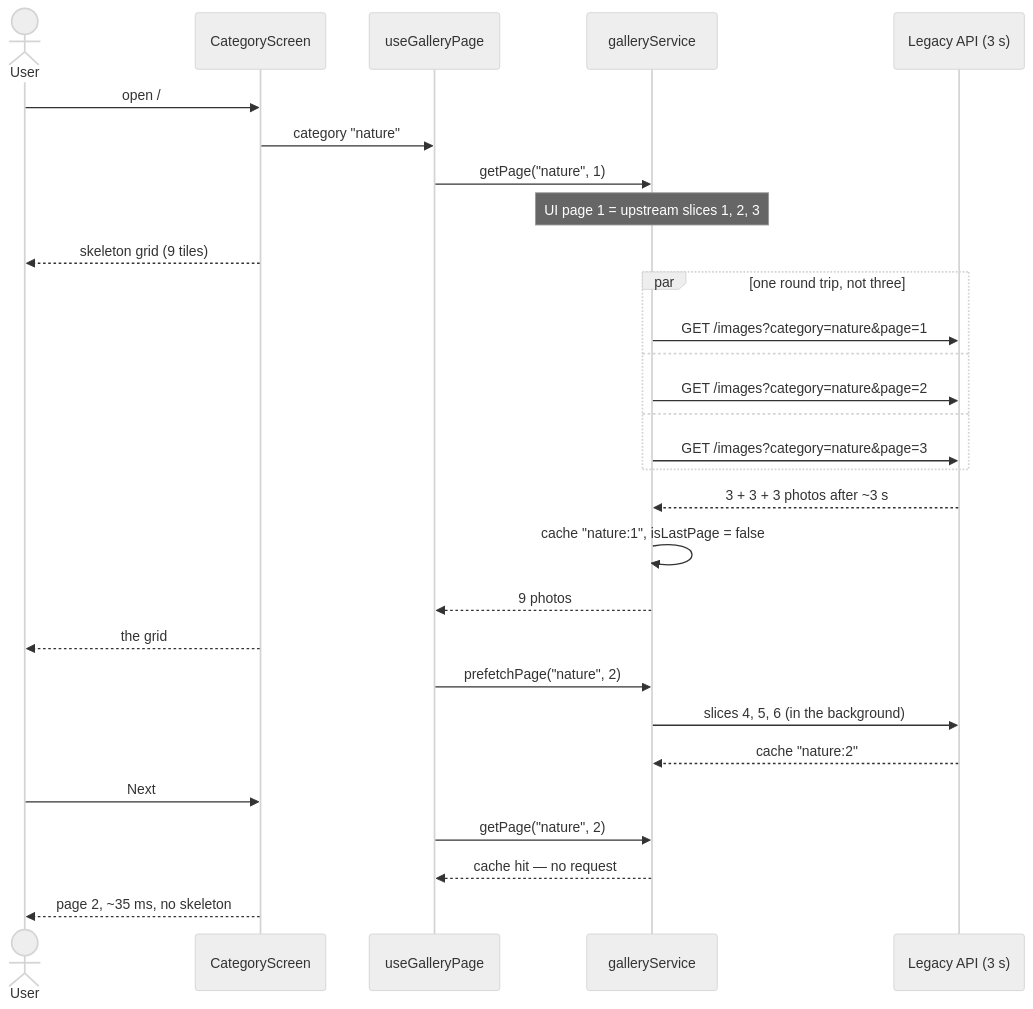
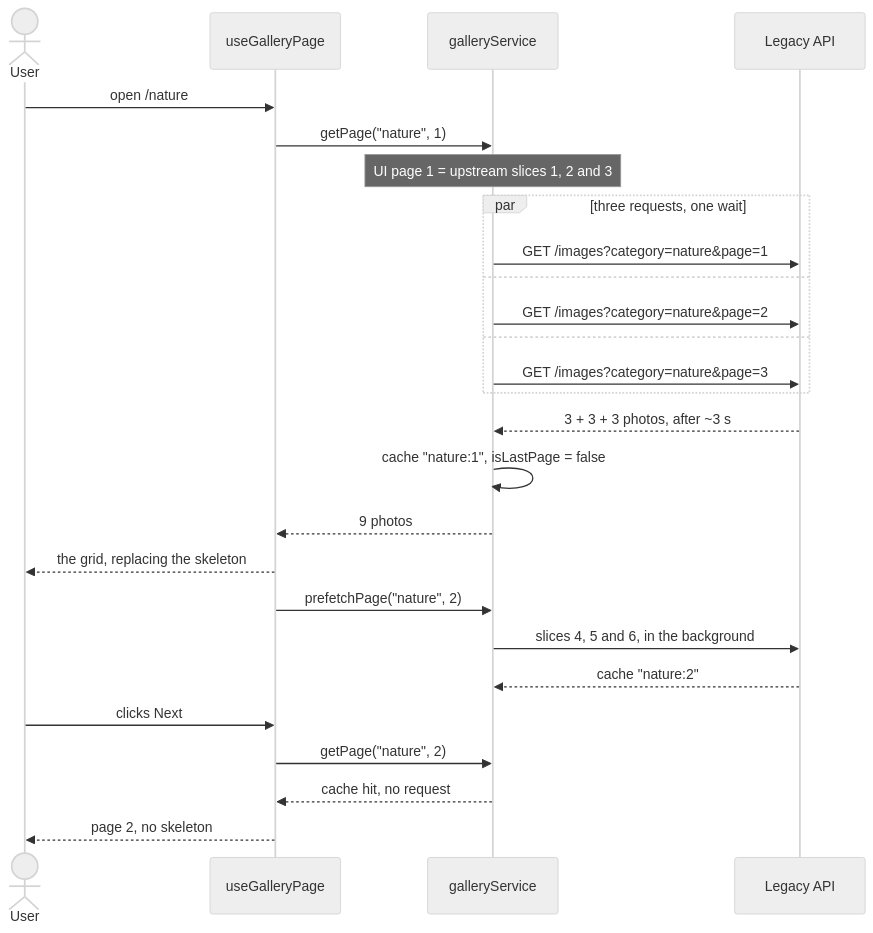
One commit to dev-sas002/valhalla-refactor-test changed the diagram in README.md. Above: the diagram before and after it, drawn with Mermaid (neutral theme). The commit also changed other lines of this file, not shown here.

````diff
--- a/README.md
+++ b/README.md
@@ -79,36 +37,28 @@
 ```mermaid
 sequenceDiagram
     actor User
-    participant Screen as CategoryScreen
     participant Hook as useGalleryPage
     participant Gallery as galleryService
-    participant API as Legacy API (3 s)
-
-    User->>Screen: open /
-    Screen->>Hook: category "nature"
+    participant API as Legacy API
+    User->>Hook: open /nature
     Hook->>Gallery: getPage("nature", 1)
-    Note over Gallery: UI page 1 = upstream slices 1, 2, 3
-    Screen-->>User: skeleton grid (9 tiles)
-
-    par one round trip, not three
+    Note over Gallery: UI page 1 = upstream slices 1, 2 and 3
+    par three requests, one wait
         Gallery->>API: GET /images?category=nature&page=1
     and
         Gallery->>API: GET /images?category=nature&page=2
     and
         Gallery->>API: GET /images?category=nature&page=3
     end
-
-    API-->>Gallery: 3 + 3 + 3 photos after ~3 s
+    API-->>Gallery: 3 + 3 + 3 photos, after ~3 s
     Gallery->>Gallery: cache "nature:1", isLastPage = false
     Gallery-->>Hook: 9 photos
-    Screen-->>User: the grid
-
+    Hook-->>User: the grid, replacing the skeleton
     Hook->>Gallery: prefetchPage("nature", 2)
-    Gallery->>API: slices 4, 5, 6 (in the background)
+    Gallery->>API: slices 4, 5 and 6, in the background
     API-->>Gallery: cache "nature:2"
-
-    User->>Screen: Next
+    User->>Hook: clicks Next
     Hook->>Gallery: getPage("nature", 2)
-    Gallery-->>Hook: cache hit — no request
-    Screen-->>User: page 2, ~35 ms, no skeleton
+    Gallery-->>Hook: cache hit, no request
+    Hook-->>User: page 2, no skeleton
 ```
````
